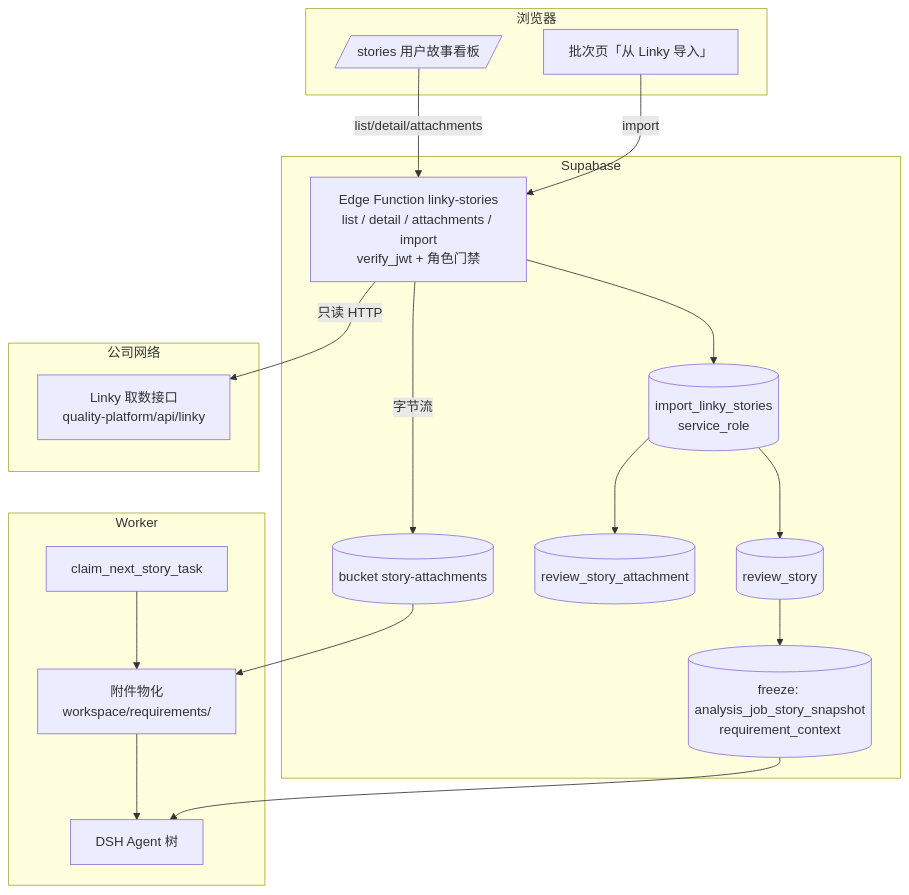
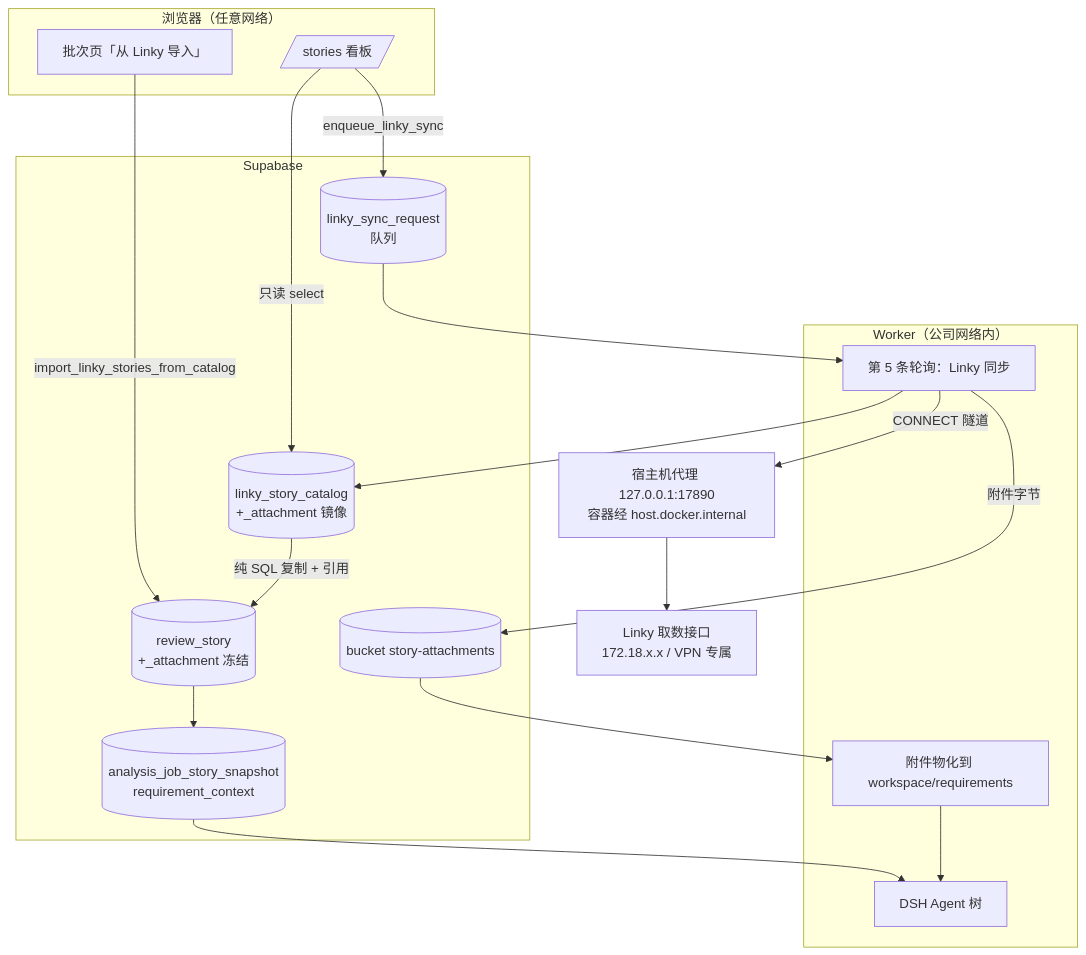
One commit to xyx1028/codeReviewPlatform changed the diagram in 代码评审平台需求文档/V1.20-用户故事直连Linky/需求开发评审一致性平台-V1.20用户故事直连Linky-最终执行方案.md. Above: the diagram before and after it, drawn with Mermaid. The commit also changed other lines of this file and 56 other files, not shown here.

````diff
--- a/代码评审平台需求文档/V1.20-用户故事直连Linky/需求开发评审一致性平台-V1.20用户故事直连Linky-最终执行方案.md
+++ b/代码评审平台需求文档/V1.20-用户故事直连Linky/需求开发评审一致性平台-V1.20用户故事直连Linky-最终执行方案.md
@@ -109,34 +138,32 @@
 ```mermaid
 flowchart TD
-  subgraph 浏览器
-    B1[/stories 用户故事看板/]
+  subgraph 浏览器[浏览器（任意网络）]
+    B1[/stories 看板/]
     B2[批次页「从 Linky 导入」]
   end
-  subgraph Supabase
-    EF[Edge Function linky-stories<br/>list / detail / attachments / import<br/>verify_jwt + 角色门禁]
-    RPC[(import_linky_stories<br/>service_role)]
-    T1[(review_story)]
-    T2[(review_story_attachment)]
+  subgraph SB[Supabase]
+    Q[(linky_sync_request<br/>队列)]
+    C[(linky_story_catalog<br/>+_attachment 镜像)]
     ST[(bucket story-attachments)]
-    FZ[(freeze: analysis_job_story_snapshot<br/>requirement_context)]
+    R[(review_story<br/>+_attachment 冻结)]
+    FZ[(analysis_job_story_snapshot<br/>requirement_context)]
   end
-  subgraph 公司网络
-    LK[Linky 取数接口<br/>quality-platform/api/linky]
+  subgraph WK[Worker（公司网络内）]
+    L5[第 5 条轮询：Linky 同步]
+    MT[附件物化到 workspace/requirements]
+    AG[DSH Agent 树]
   end
-  subgraph Worker
-    W1[claim_next_story_task]
-    W2[附件物化<br/>workspace/requirements/]
-    W3[DSH Agent 树]
-  end
+  LK[Linky 取数接口<br/>172.18.x.x / VPN 专属]
+  PX[宿主机代理 127.0.0.1:17890<br/>容器经 host.docker.internal]
 
-  B1 -->|list/detail/attachments| EF
-  B2 -->|import| EF
-  EF -->|只读 HTTP| LK
-  EF -->|字节流| ST
-  EF --> RPC --> T1
-  RPC --> T2
-  T1 --> FZ
-  W1 --> W2 --> W3
-  ST --> W2
-  FZ --> W3
+  B1 -->|只读 select| C
+  B1 -->|enqueue_linky_sync| Q
+  B2 -->|import_linky_stories_from_catalog| R
+  Q --> L5
+  L5 -->|CONNECT 隧道| PX --> LK
+  L5 --> C
+  L5 -->|附件字节| ST
+  C -->|纯 SQL 复制 + 引用| R
+  R --> FZ --> AG
+  ST --> MT --> AG
 ```
````
